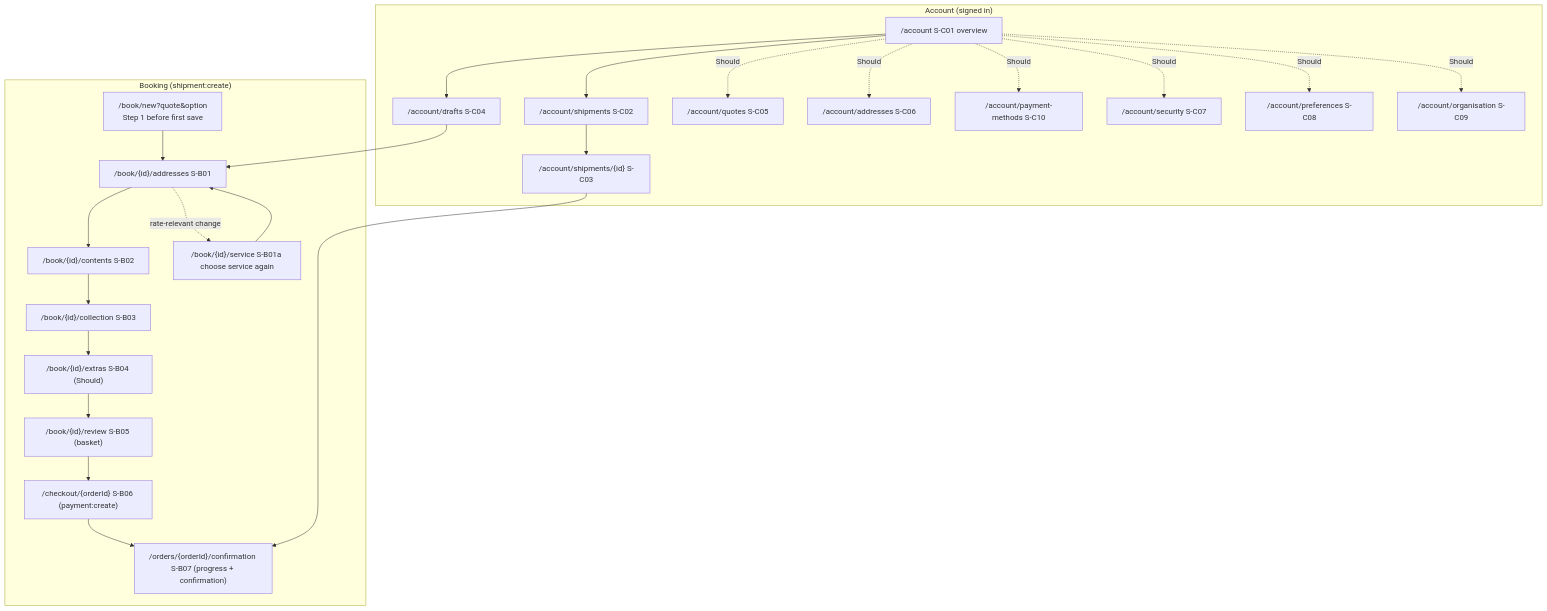
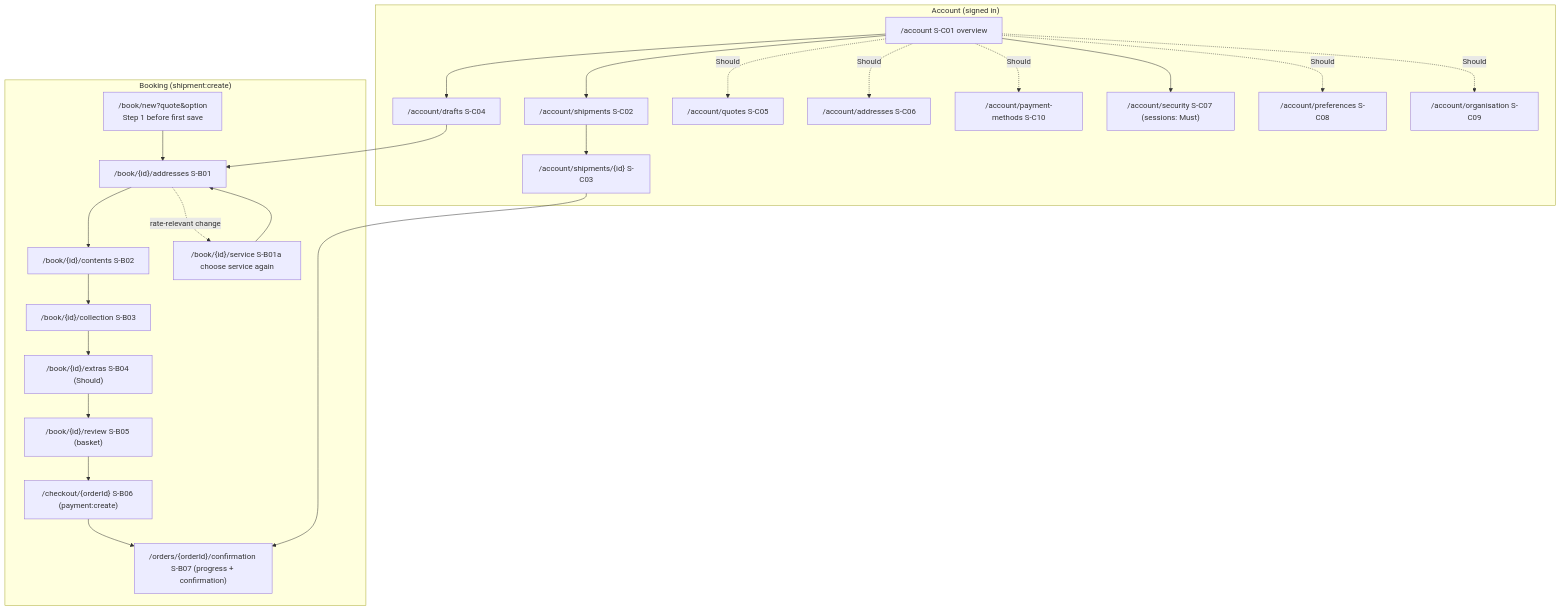
The third of 4 diagrams in docs/02-ux/information-architecture.md (sukhchdit/shipcube), drawn with Mermaid before and after one commit. The commit also changed other lines of this file and 78 other files, not shown here.

````diff
--- a/docs/02-ux/information-architecture.md
+++ b/docs/02-ux/information-architecture.md
@@ -57,27 +57,27 @@
 ```mermaid
 flowchart TB
   subgraph Booking["Booking (shipment:create)"]
     NEW["/book/new?quote&option<br/>Step 1 before first save"] --> S1["/book/{id}/addresses S-B01"]
     S1 --> S2["/book/{id}/contents S-B02"]
     S2 --> S3["/book/{id}/collection S-B03"]
     S3 --> S4["/book/{id}/extras S-B04 (Should)"]
     S4 --> S5["/book/{id}/review S-B05 (basket)"]
     S1 -. rate-relevant change .-> SVC["/book/{id}/service S-B01a choose service again"]
     SVC --> S1
     S5 --> CO["/checkout/{orderId} S-B06 (payment:create)"]
     CO --> CONF["/orders/{orderId}/confirmation S-B07 (progress + confirmation)"]
   end
   subgraph Account["Account (signed in)"]
     ACC["/account S-C01 overview"] --> SHIPS["/account/shipments S-C02"]
     SHIPS --> DET["/account/shipments/{id} S-C03"]
     DET --> CONF
     ACC --> DRAFTS["/account/drafts S-C04"]
     DRAFTS --> S1
     ACC -.Should.-> QUOTES["/account/quotes S-C05"]
     ACC -.Should.-> ADDR["/account/addresses S-C06"]
     ACC -.Should.-> PM["/account/payment-methods S-C10"]
-    ACC -.Should.-> SEC["/account/security S-C07"]
+    ACC --> SEC["/account/security S-C07 (sessions: Must)"]
     ACC -.Should.-> PREF["/account/preferences S-C08"]
     ACC -.Should.-> ORG["/account/organisation S-C09"]
   end
 ```
````
